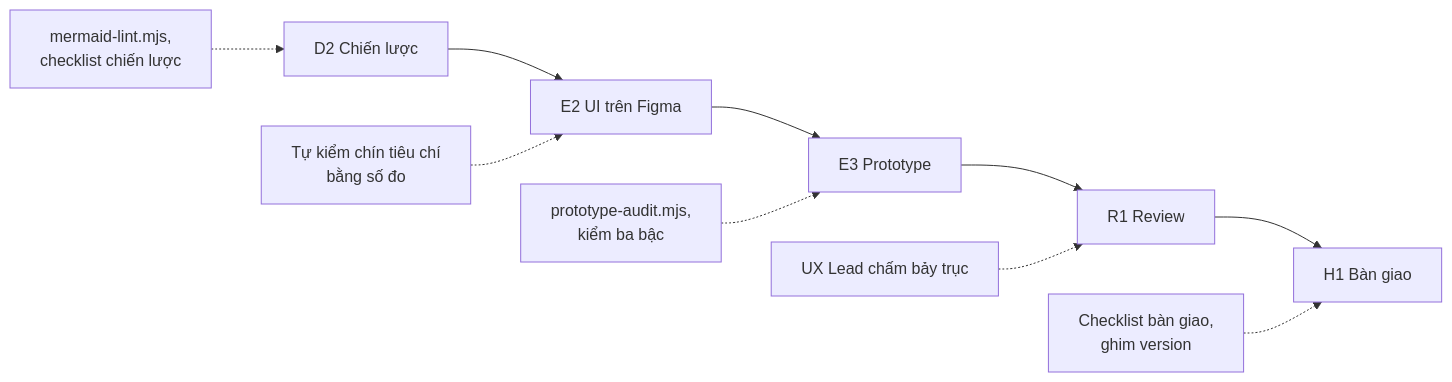
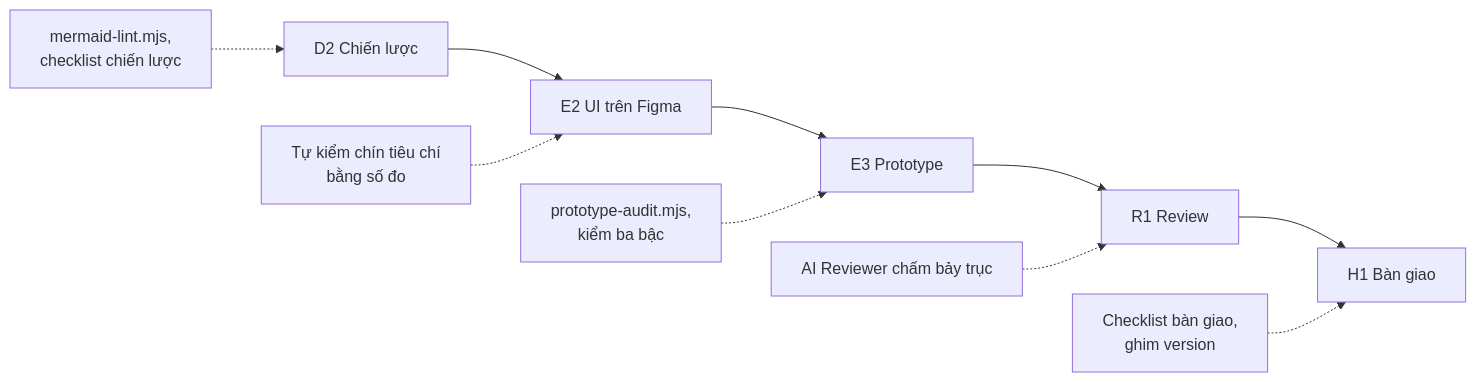
Before and after one commit to buidhui/uiux_workflow: the sixth of 10 diagrams in README.md, drawn with Mermaid. The commit also changed other lines of this file and 17 other files, not shown here.

````diff
--- a/README.md
+++ b/README.md
@@ -306,9 +303,9 @@
 ```mermaid
 flowchart LR
   D2["D2 Chiến lược"] --> E2["E2 UI trên Figma"] --> E3["E3 Prototype"] --> R1["R1 Review"] --> H1["H1 Bàn giao"]
   K1["mermaid-lint.mjs,<br/>checklist chiến lược"] -.-> D2
   K2["Tự kiểm chín tiêu chí<br/>bằng số đo"] -.-> E2
   K3["prototype-audit.mjs,<br/>kiểm ba bậc"] -.-> E3
-  K4["UX Lead chấm bảy trục"] -.-> R1
+  K4["AI Reviewer chấm bảy trục"] -.-> R1
   K5["Checklist bàn giao,<br/>ghim version"] -.-> H1
 ```
````
